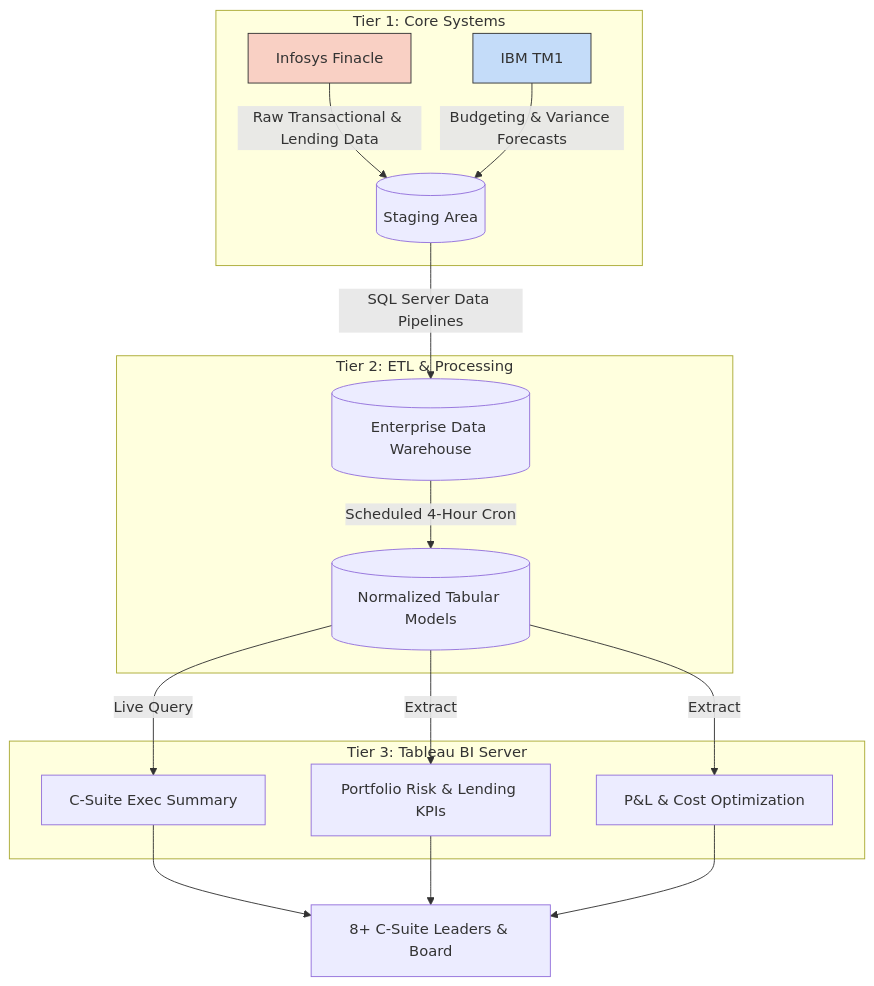
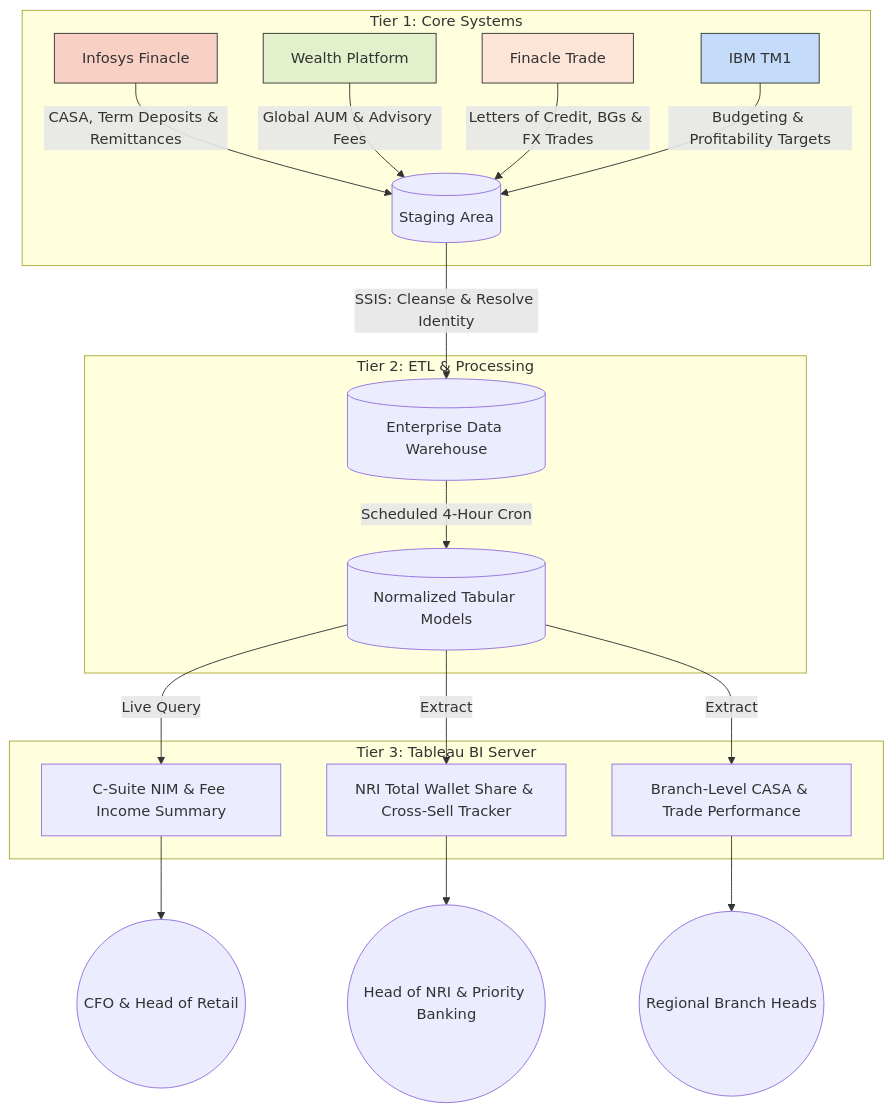
One commit to pmatsresources/realtime-fpa-dashboard changed the diagram in README.md. Above: the diagram before and after it, drawn with Mermaid. The commit also changed other lines of this file, not shown here.

First line of the commit message:
Revise README for Federal Bank BI Suite project

````diff
--- a/README.md
+++ b/README.md
@@ -25,29 +26,33 @@
 ```mermaid
 graph TD
     %% Source Systems
     subgraph System_of_Record [Tier 1: Core Systems]
-        A1[Infosys Finacle]:::cbs -->|Raw Transactional & Lending Data| B1
-        A2[IBM TM1]:::fpa -->|Budgeting & Variance Forecasts| B1
+        A1[Infosys Finacle]:::cbs -->|CASA, Term Deposits & Remittances| B1
+        A2[Wealth Platform]:::wealth -->|Global AUM & Advisory Fees| B1
+        A3[Finacle Trade]:::trade -->|Letters of Credit, BGs & FX Trades| B1
+        A4[IBM TM1]:::fpa -->|Budgeting & Profitability Targets| B1
     end
 
     %% Transformation Layer
     subgraph System_of_Integration [Tier 2: ETL & Processing]
-        B1[(Staging Area)] -->|SQL Server Data Pipelines| B2[(Enterprise Data Warehouse)]
+        B1[(Staging Area)] -->|SSIS: Cleanse & Resolve Identity| B2[(Enterprise Data Warehouse)]
         B2 -->|Scheduled 4-Hour Cron| B3[(Normalized Tabular Models)]
     end
 
     %% Presentation Layer
     subgraph System_of_Engagement [Tier 3: Tableau BI Server]
-        B3 -->|Live Query| C1[C-Suite Exec Summary]
-        B3 -->|Extract| C2[Portfolio Risk & Lending KPIs]
-        B3 -->|Extract| C3[P&L & Cost Optimization]
+        B3 -->|Live Query| C1[C-Suite NIM & Fee Income Summary]
+        B3 -->|Extract| C2[NRI Total Wallet Share & Cross-Sell Tracker]
+        B3 -->|Extract| C3[Branch-Level CASA & Trade Performance]
     end
 
     %% Consumers
-    C1 --> D[8+ C-Suite Leaders & Board]
-    C2 --> D
-    C3 --> D
+    C1 --> D1((CFO & Head of Retail))
+    C2 --> D2((Head of NRI & Priority Banking))
+    C3 --> D3((Regional Branch Heads))
 
     classDef cbs fill:#f9d0c4,stroke:#333,stroke-width:1px;
+    classDef wealth fill:#e2f0cb,stroke:#333,stroke-width:1px;
+    classDef trade fill:#fce4d6,stroke:#333,stroke-width:1px;
     classDef fpa fill:#c4dcf9,stroke:#333,stroke-width:1px;
 ```
````
